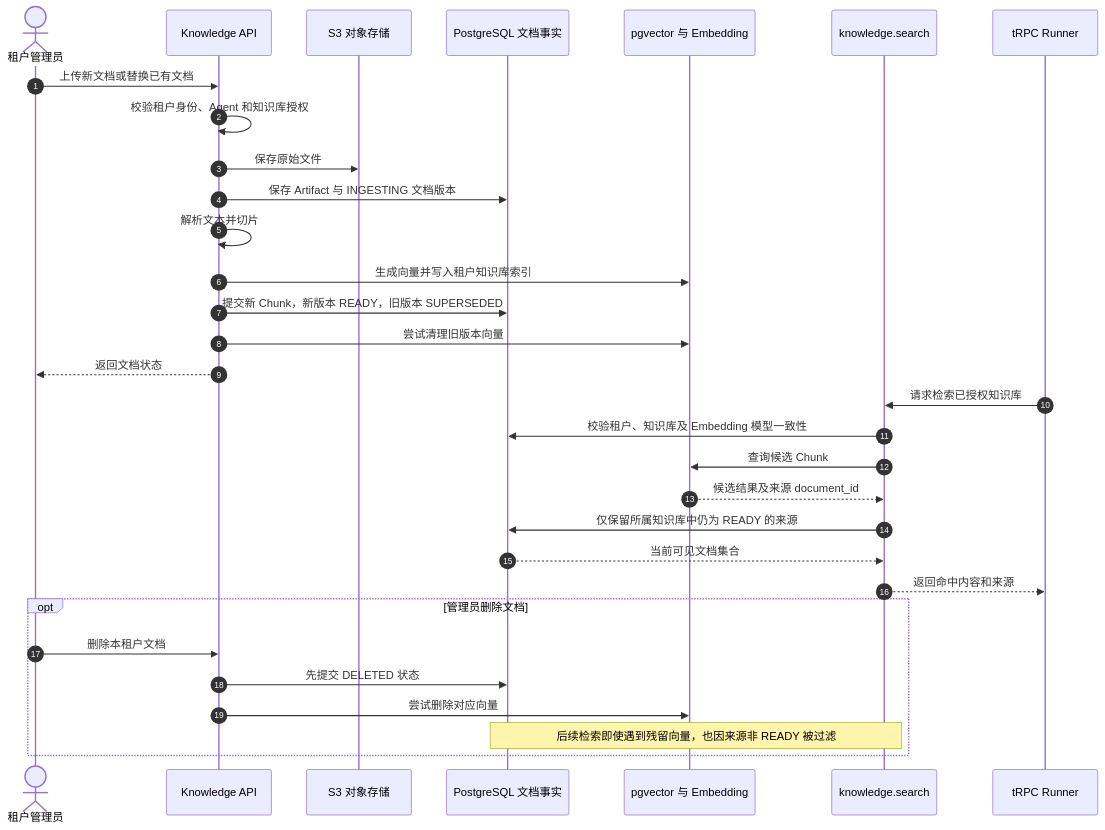
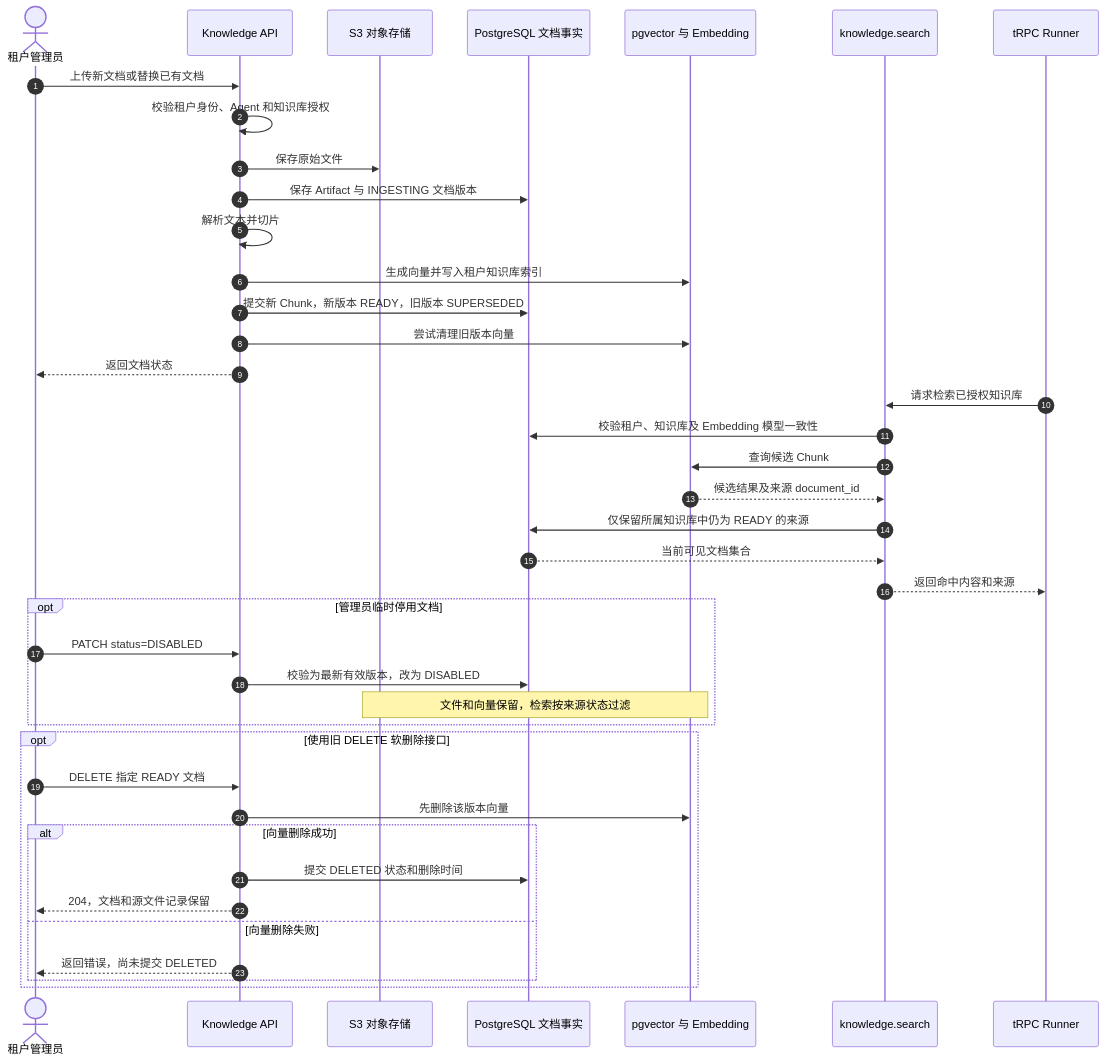
The third of 6 diagrams in docs/运行时序.md (Eternally72/trpc-agent-service), drawn with Mermaid before and after one commit. The commit also changed other lines of this file and 2 other files, not shown here.

First line of the commit message:
docs(storage): document schema fields and deletion sequences

````diff
--- a/docs/运行时序.md
+++ b/docs/运行时序.md
@@ -129,34 +131,43 @@
 ```mermaid
 sequenceDiagram
     autonumber
     actor Admin as 租户管理员
     participant API as Knowledge API
     participant Object as S3 对象存储
     participant SQL as PostgreSQL 文档事实
     participant Vector as pgvector 与 Embedding
     participant Tool as knowledge.search
     participant Runner as tRPC Runner
 
     Admin->>API: 上传新文档或替换已有文档
     API->>API: 校验租户身份、Agent 和知识库授权
     API->>Object: 保存原始文件
     API->>SQL: 保存 Artifact 与 INGESTING 文档版本
     API->>API: 解析文本并切片
     API->>Vector: 生成向量并写入租户知识库索引
     API->>SQL: 提交新 Chunk，新版本 READY，旧版本 SUPERSEDED
     API->>Vector: 尝试清理旧版本向量
     API-->>Admin: 返回文档状态
     Runner->>Tool: 请求检索已授权知识库
     Tool->>SQL: 校验租户、知识库及 Embedding 模型一致性
     Tool->>Vector: 查询候选 Chunk
     Vector-->>Tool: 候选结果及来源 document_id
     Tool->>SQL: 仅保留所属知识库中仍为 READY 的来源
     SQL-->>Tool: 当前可见文档集合
     Tool-->>Runner: 返回命中内容和来源
-    opt 管理员删除文档
-        Admin->>API: 删除本租户文档
-        API->>SQL: 先提交 DELETED 状态
-        API->>Vector: 尝试删除对应向量
-        Note over SQL,Tool: 后续检索即使遇到残留向量，也因来源非 READY 被过滤
+    opt 管理员临时停用文档
+        Admin->>API: PATCH status=DISABLED
+        API->>SQL: 校验为最新有效版本，改为 DISABLED
+        Note over Object,Vector: 文件和向量保留，检索按来源状态过滤
+    end
+    opt 使用旧 DELETE 软删除接口
+        Admin->>API: DELETE 指定 READY 文档
+        API->>Vector: 先删除该版本向量
+        alt 向量删除成功
+            API->>SQL: 提交 DELETED 状态和删除时间
+            API-->>Admin: 204，文档和源文件记录保留
+        else 向量删除失败
+            API-->>Admin: 返回错误，尚未提交 DELETED
+        end
     end
 ```
````
